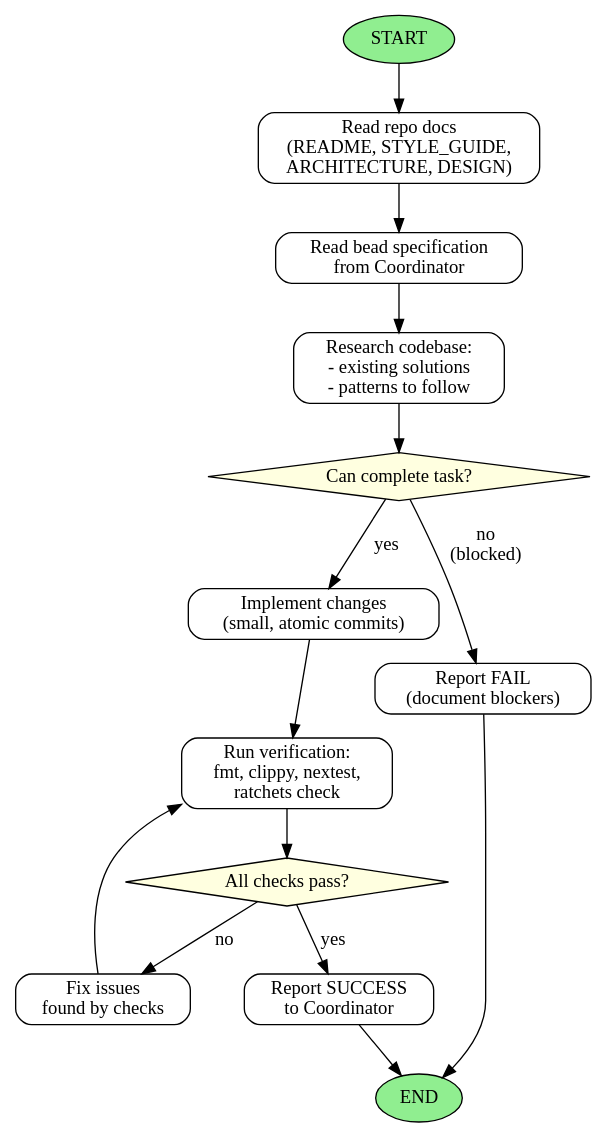
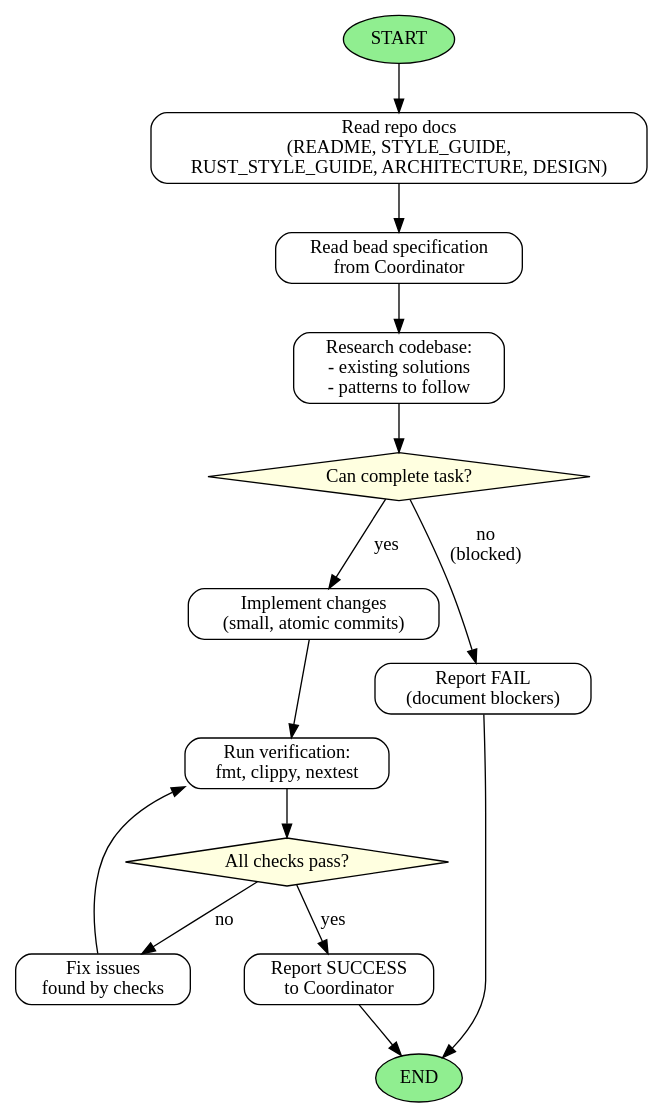
One commit to imbue-ai/offload changed the diagram in .claude/agents/coding.md. Above: the diagram before and after it, drawn with Graphviz. The commit also changed other lines of this file and 20 other files, not shown here.

````diff
--- a/.claude/agents/coding.md
+++ b/.claude/agents/coding.md
@@ -50,29 +72,29 @@
 ```dot
 digraph CodingAgentWorkflow {
   rankdir=TB;
   node [shape=box, style=rounded];
 
   START [shape=ellipse, style=filled, fillcolor=lightgreen];
-  READ_DOCS [label="Read repo docs\n(README, STYLE_GUIDE,\nARCHITECTURE, DESIGN)"];
+  READ_DOCS [label="Read repo docs\n(README, STYLE_GUIDE,\nRUST_STYLE_GUIDE, ARCHITECTURE, DESIGN)"];
   READ_BEAD [label="Read bead specification\nfrom Coordinator"];
   RESEARCH [label="Research codebase:\n- existing solutions\n- patterns to follow"];
   CAN_COMPLETE [shape=diamond, style=filled, fillcolor=lightyellow, label="Can complete task?"];
   IMPLEMENT [label="Implement changes\n(small, atomic commits)"];
-  RUN_CHECKS [label="Run verification:\nfmt, clippy, nextest,\nratchets check"];
+  RUN_CHECKS [label="Run verification:\nfmt, clippy, nextest"];
   CHECKS_PASS [shape=diamond, style=filled, fillcolor=lightyellow, label="All checks pass?"];
   FIX_ISSUES [label="Fix issues\nfound by checks"];
   REPORT_SUCCESS [label="Report SUCCESS\nto Coordinator"];
   REPORT_FAIL [label="Report FAIL\n(document blockers)"];
   END [shape=ellipse, style=filled, fillcolor=lightgreen];
 
   START -> READ_DOCS -> READ_BEAD -> RESEARCH -> CAN_COMPLETE;
   CAN_COMPLETE -> IMPLEMENT [label="yes"];
   CAN_COMPLETE -> REPORT_FAIL [label="no\n(blocked)"];
   IMPLEMENT -> RUN_CHECKS -> CHECKS_PASS;
   CHECKS_PASS -> REPORT_SUCCESS [label="yes"];
   CHECKS_PASS -> FIX_ISSUES [label="no"];
   FIX_ISSUES -> RUN_CHECKS;
   REPORT_SUCCESS -> END;
   REPORT_FAIL -> END;
 }
 ```
````
